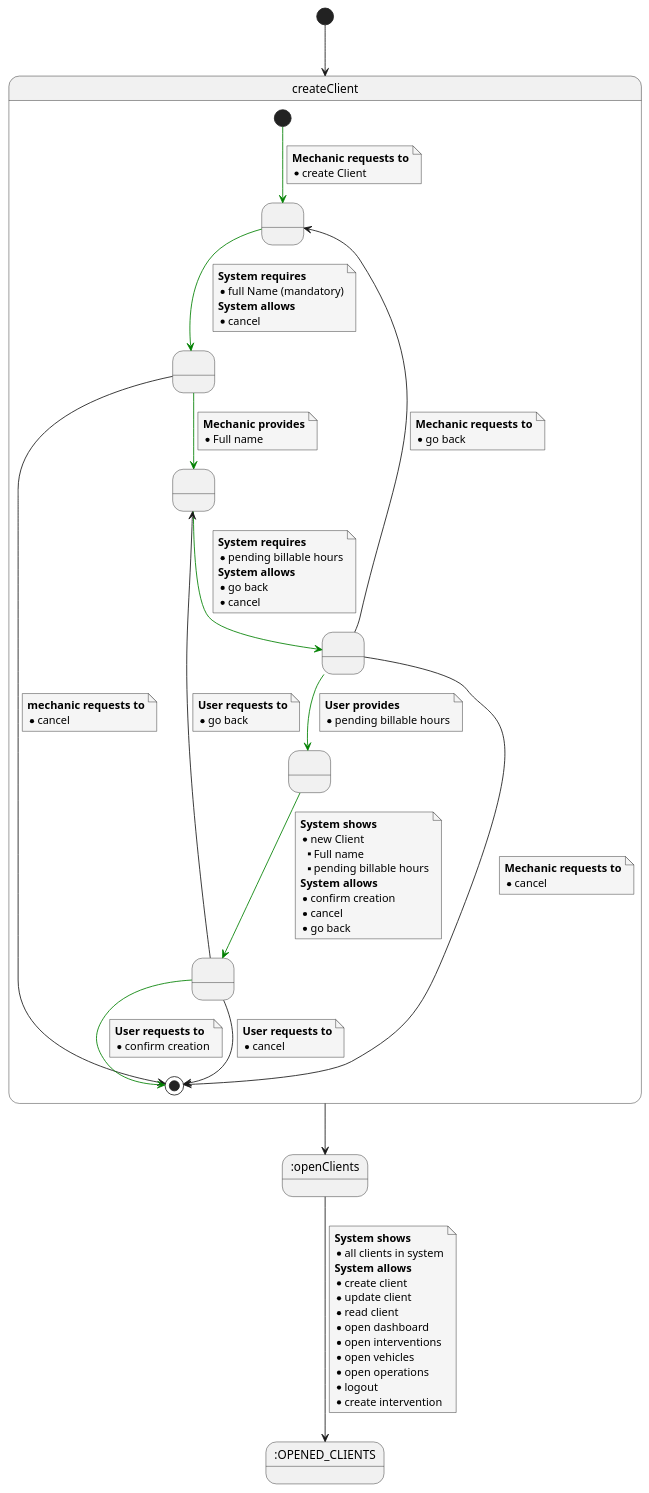
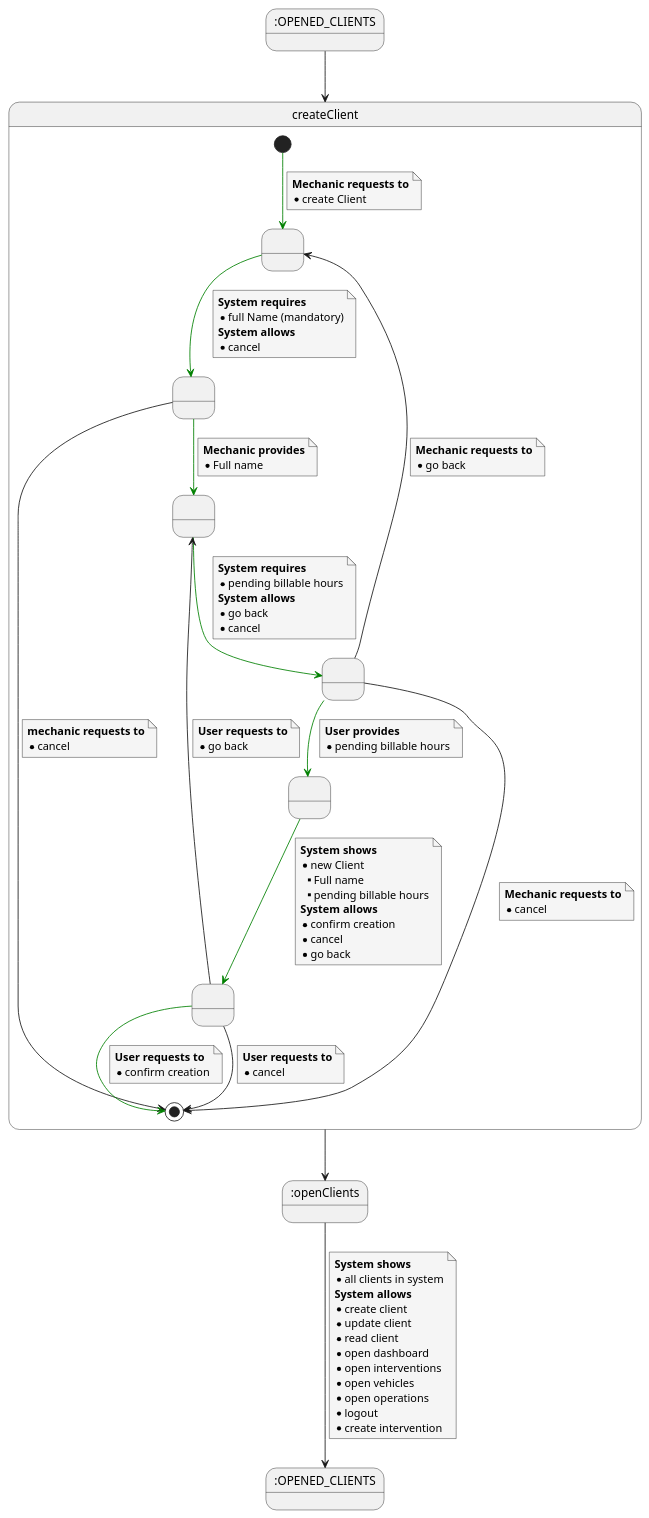
Before and after one commit to Ruskab/agrimManager: the diagram in documentation/1requiremets/usecases_specification/puml/createClient.puml, drawn with PlantUML. The commit also changed 13 other files, not shown here.

```diff
--- a/documentation/1requiremets/usecases_specification/puml/createClient.puml
+++ b/documentation/1requiremets/usecases_specification/puml/createClient.puml
@@ -1,122 +1,123 @@
 @startuml
 skinparam {
     NoteBackgroundColor #whiteSmoke
 }
 
+state initState as ":OPENED_CLIENTS"
 state OPENED_CLIENTS as ":OPENED_CLIENTS"
 state openClients as ":openClients"
 
 
-[*] --> createClient
+initState --> createClient
 
 state createClient {
 state 1 as " "
 state A0 as " "
 state A1 as " "
 state 2 as " "
 state 4 as " "
 state 6 as " "
 
 [*]  -[#Green]-> 1
 note on link
     <b>Mechanic requests to</b>
     * create Client
 end note
 
 1 -[#Green]-> 2
 note on link
     <b>System requires</b>
     * full Name (mandatory)
     <b>System allows</b>
     * cancel
 end note
 
 2 --> [*]
 note on link
 <b>mechanic requests to
 * cancel
 end note
 
 2 -[#Green]-> 4
 note on link
 <b>Mechanic provides</b>
 * Full name
 end note
 
 4 -[#Green]-> A0
 note on link
 <b>System requires</b>
 * pending billable hours
 <b>System allows</b>
 * go back
 * cancel
 end note
 
 A0 --> 1
 note on link
 <b>Mechanic requests to</b>
 * go back
 end note
 
 
 A0 --> [*]
 note on link
 <b>Mechanic requests to</b>
 * cancel
 end note
 
 A0 -[#Green]-> A1
 note on link
 <b>User provides</b>
 * pending billable hours
 end note
 
 A1 -[#Green]-> 6
 note on link
     <b>System shows</b>
     * new Client
     ** Full name
     ** pending billable hours
     <b>System allows</b>
     *confirm creation
     *cancel
     *go back
 end note
 
 6 -[#Green]-> [*]
 note on link
 <b>User requests to</b>
 * confirm creation
 end note
 6 --> 4
 note on link
 <b>User requests to</b>
 * go back
 end note
 
 6 --> [*]
 note on link
 <b>User requests to</b>
 * cancel
 end note
 }
 
 createClient --> openClients
 
 openClients --> OPENED_CLIENTS
 note on link
 <b>System shows</b>
 * all clients in system
 <b>System allows</b>
 * create client
 * update client
 * read client
 * open dashboard
 * open interventions
 * open vehicles
 * open operations
 * logout
 * create intervention
 end note
 
 @enduml
```
